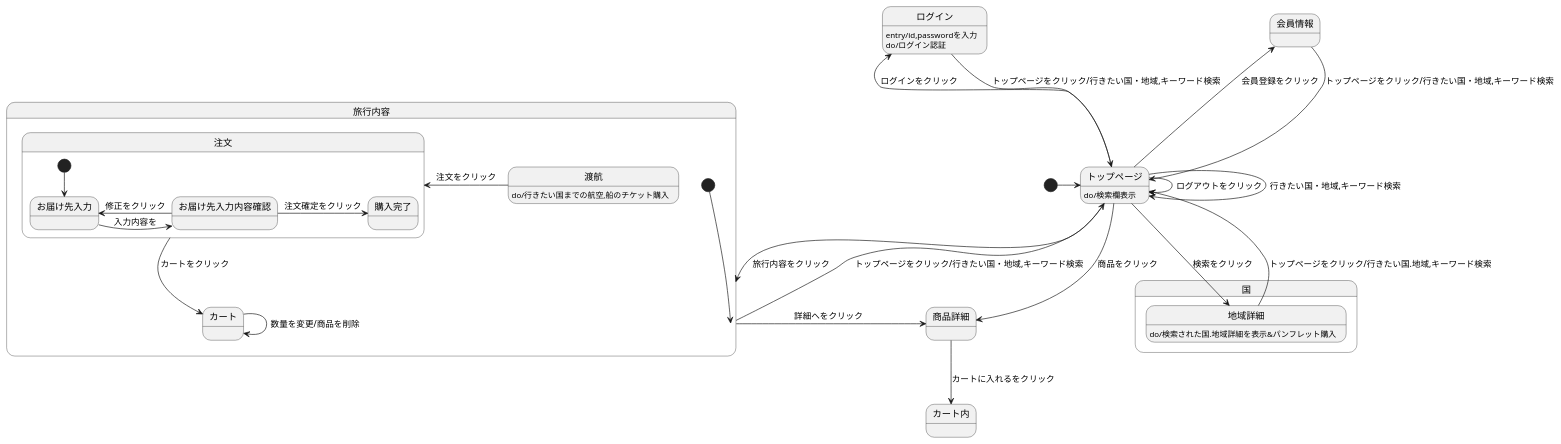
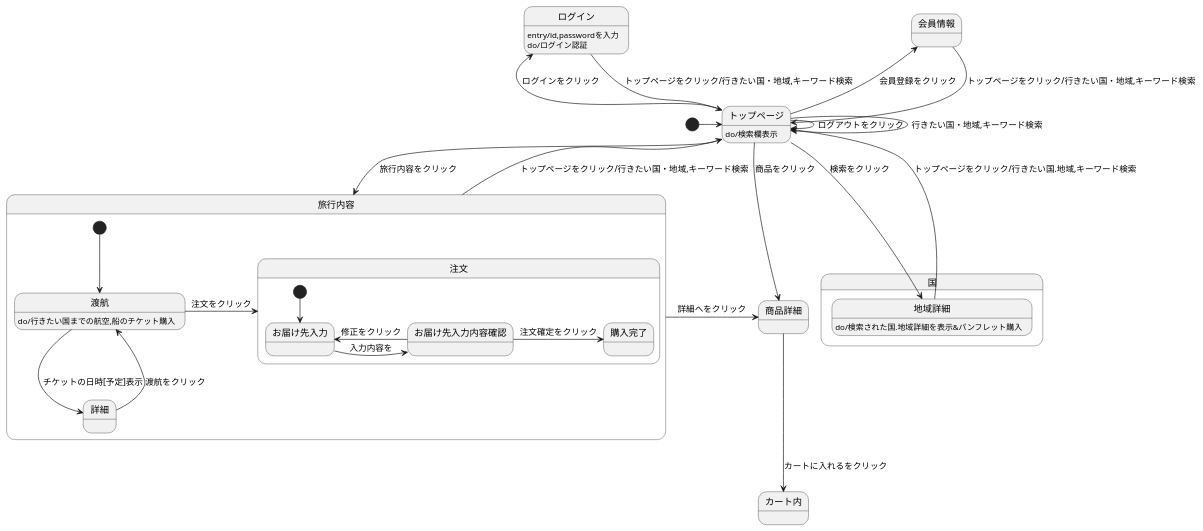
One commit to Aso2001195/2021sys-design changed the diagram in kadai8.md. Above: the diagram before and after it, drawn with PlantUML.

````diff
--- a/kadai8.md
+++ b/kadai8.md
@@ -1,36 +1,36 @@
 ```uml
 @startuml
 [*] -> トップページ
 会員情報 --> トップページ :トップページをクリック/行きたい国・地域,キーワード検索
 ログイン --> トップページ :トップページをクリック/行きたい国・地域,キーワード検索
 ログイン :entry/id,passwordを入力
 ログイン :do/ログイン認証
 トップページ -> トップページ :ログアウトをクリック
 トップページ -> トップページ :行きたい国・地域,キーワード検索
 国.地域詳細 -->トップページ :トップページをクリック/行きたい国.地域,キーワード検索
 国.地域詳細 :do/検索された国.地域詳細を表示&パンフレット購入
 トップページ --> 国.地域詳細 :検索をクリック
 トップページ -> 商品詳細 :商品をクリック
 トップページ -left-> 会員情報 :会員登録をクリック
 トップページ -left-> ログイン :ログインをクリック
 トップページ -> 旅行内容 :旅行内容をクリック
 トップページ : do/検索欄表示
 商品詳細 --> カート内 :カートに入れるをクリック
 旅行内容 -up-> トップページ :トップページをクリック/行きたい国・地域,キーワード検索
 旅行内容 ->商品詳細 :詳細へをクリック
 
 state 旅行内容{
-[*] --> 旅行内容
+[*] --> 渡航
 渡航 -> 注文 :注文をクリック
 渡航 :do/行きたい国までの航空,船のチケット購入
-カート -> カート :数量を変更/商品を削除
-注文 --> カート :カートをクリック
+渡航 ->詳細 :チケットの日時[予定]表示
+詳細--> 渡航 :渡航をクリック
 state 注文{
  [*] --> お届け先入力
  お届け先入力 -> お届け先入力内容確認 :入力内容を
  お届け先入力内容確認 -> お届け先入力 :修正をクリック
  お届け先入力内容確認 -> 購入完了 :注文確定をクリック
  }
 }
 @enduml
 ```
````
